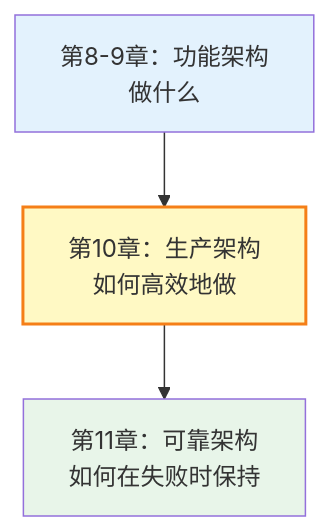
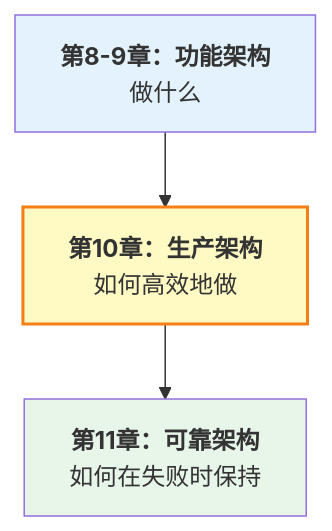
One commit to yeasy/harness_engineering_guide changed the diagram in 10_production/summary.md. Above: the diagram before and after it, drawn with Mermaid. The commit also changed 26 other files, not shown here.

Commit message:
Add bold titles to Mermaid diagram nodes

````diff
--- a/10_production/summary.md
+++ b/10_production/summary.md
@@ -81,9 +81,9 @@
 ```mermaid
 flowchart TD
-    A["第8-9章：功能架构<br/>做什么"] --> B["第10章：生产架构<br/>如何高效地做"]
-    B --> C["第11章：可靠架构<br/>如何在失败时保持"]
+    A["<b>第8-9章：功能架构</b><br/>做什么"] --> B["<b>第10章：生产架构</b><br/>如何高效地做"]
+    B --> C["<b>第11章：可靠架构</b><br/>如何在失败时保持"]
 
     style A fill:#e3f2fd
     style B fill:#fff9c4,stroke:#f57f17,stroke-width:2px
     style C fill:#e8f5e9
 ```
````
